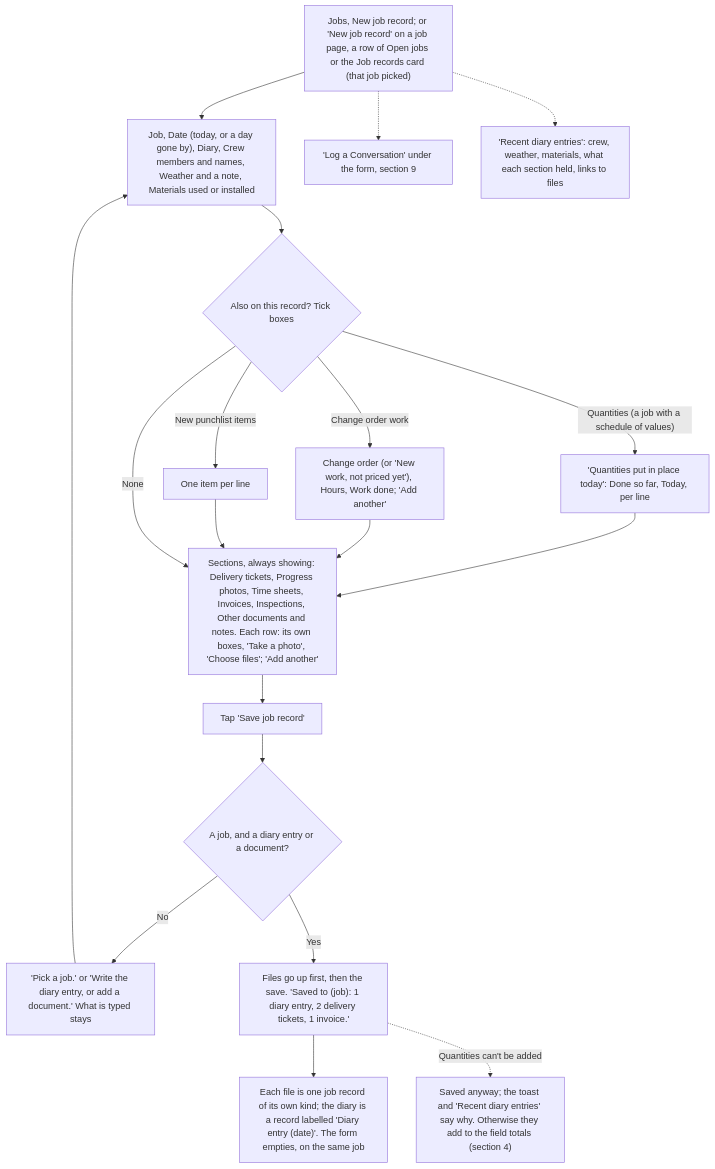
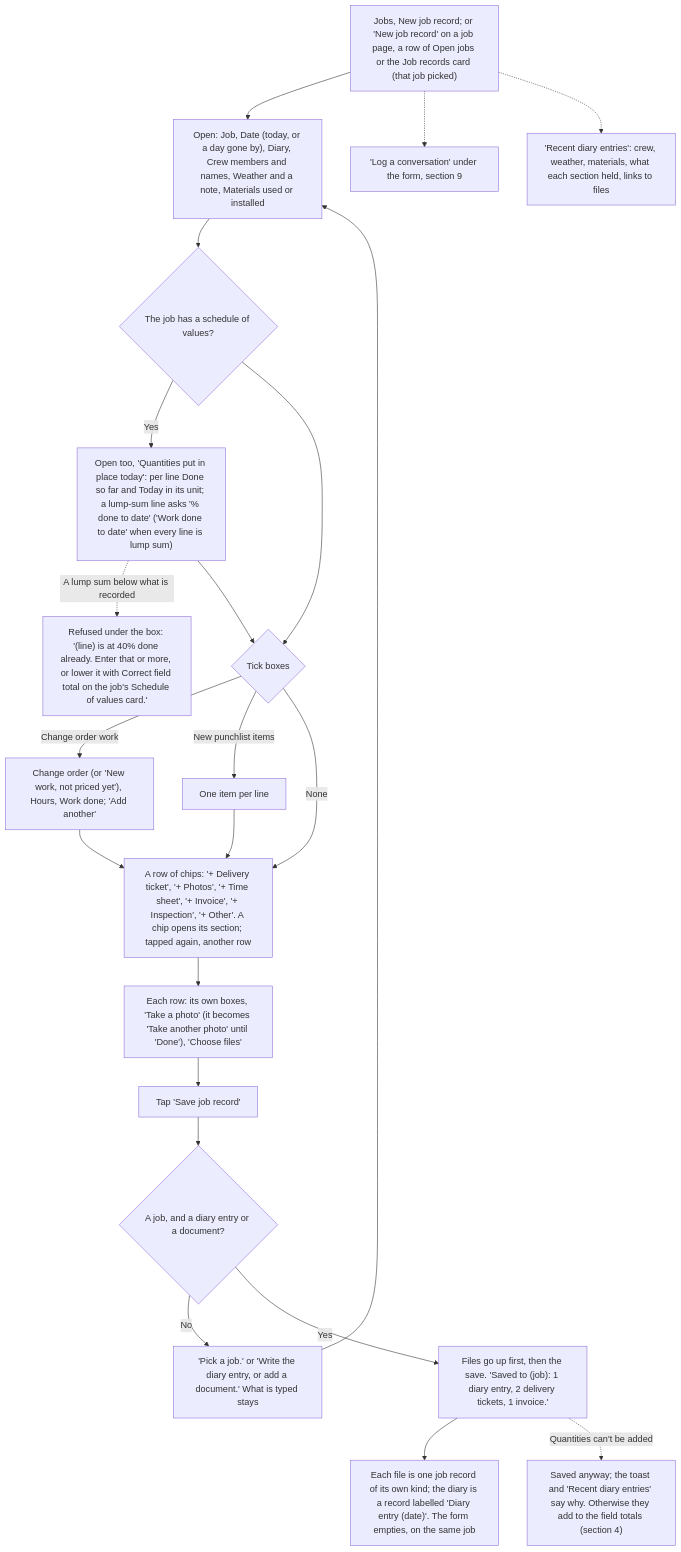
Before and after one commit to cartwrightstephen/billdable: diagram 17 of 18 in docs/client-flows.md, drawn with Mermaid. The commit also changed other lines of this file and 3 other files, not shown here.

Commit message:
Docs for Round 1: client-flows.md for every part and the follow-ups, file:line references refreshed, helper answers for New job, New job record, the client card, This billing period, Results and a team of one, README and MANUAL-TEST in sentence case

````diff
--- a/docs/client-flows.md
+++ b/docs/client-flows.md
@@ -757,21 +783,24 @@
 ```mermaid
 flowchart TD
-    A["Jobs, New job record; or 'New job record' on a job page, a row of Open jobs or the Job records card (that job picked)"] --> B["Job, Date (today, or a day gone by), Diary, Crew members and names, Weather and a note, Materials used or installed"]
-    B --> C{"Also on this record? Tick boxes"}
-    C -->|"Quantities (a job with a schedule of values)"| C1["'Quantities put in place today': Done so far, Today, per line"]
+    A["Jobs, New job record; or 'New job record' on a job page, a row of Open jobs or the Job records card (that job picked)"] --> B["Open: Job, Date (today, or a day gone by), Diary, Crew members and names, Weather and a note, Materials used or installed"]
+    B --> Q0{"The job has a schedule of values?"}
+    Q0 -->|"Yes"| C1["Open too, 'Quantities put in place today': per line Done so far and Today in its unit; a lump-sum line asks '% done to date' ('Work done to date' when every line is lump sum)"]
+    C1 -.->|"A lump sum below what is recorded"| C1R["Refused under the box: '(line) is at 40% done already. Enter that or more, or lower it with Correct field total on the job's Schedule of values card.'"]
+    Q0 --> C{"Tick boxes"}
+    C1 --> C
     C -->|"Change order work"| C2["Change order (or 'New work, not priced yet'), Hours, Work done; 'Add another'"]
     C -->|"New punchlist items"| C3["One item per line"]
-    C1 --> D
     C2 --> D
     C3 --> D
-    C -->|"None"| D["Sections, always showing: Delivery tickets, Progress photos, Time sheets, Invoices, Inspections, Other documents and notes. Each row: its own boxes, 'Take a photo', 'Choose files'; 'Add another'"]
-    D --> E["Tap 'Save job record'"]
+    C -->|"None"| D["A row of chips: '+ Delivery ticket', '+ Photos', '+ Time sheet', '+ Invoice', '+ Inspection', '+ Other'. A chip opens its section; tapped again, another row"]
+    D --> D1["Each row: its own boxes, 'Take a photo' (it becomes 'Take another photo' until 'Done'), 'Choose files'"]
+    D1 --> E["Tap 'Save job record'"]
     E --> F{"A job, and a diary entry or a document?"}
     F -->|"No"| G["'Pick a job.' or 'Write the diary entry, or add a document.' What is typed stays"]
     G --> B
     F -->|"Yes"| H["Files go up first, then the save. 'Saved to (job): 1 diary entry, 2 delivery tickets, 1 invoice.'"]
     H --> I["Each file is one job record of its own kind; the diary is a record labelled 'Diary entry (date)'. The form empties, on the same job"]
-    H -.->|"Quantities can't be added"| Q["Saved anyway; the toast and 'Recent diary entries' say why. Otherwise they add to the field totals (section 4)"]
-    A -.-> CV["'Log a Conversation' under the form, section 9"]
+    H -.->|"Quantities can't be added"| QX["Saved anyway; the toast and 'Recent diary entries' say why. Otherwise they add to the field totals (section 4)"]
+    A -.-> CV["'Log a conversation' under the form, section 9"]
     A -.-> RC["'Recent diary entries': crew, weather, materials, what each section held, links to files"]
 ```
````
